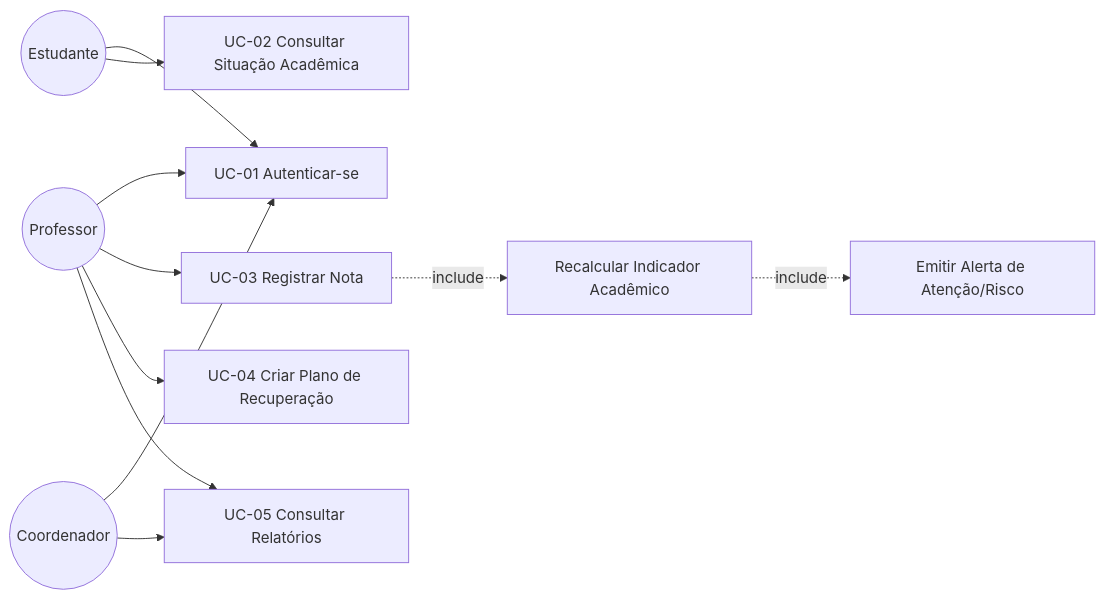
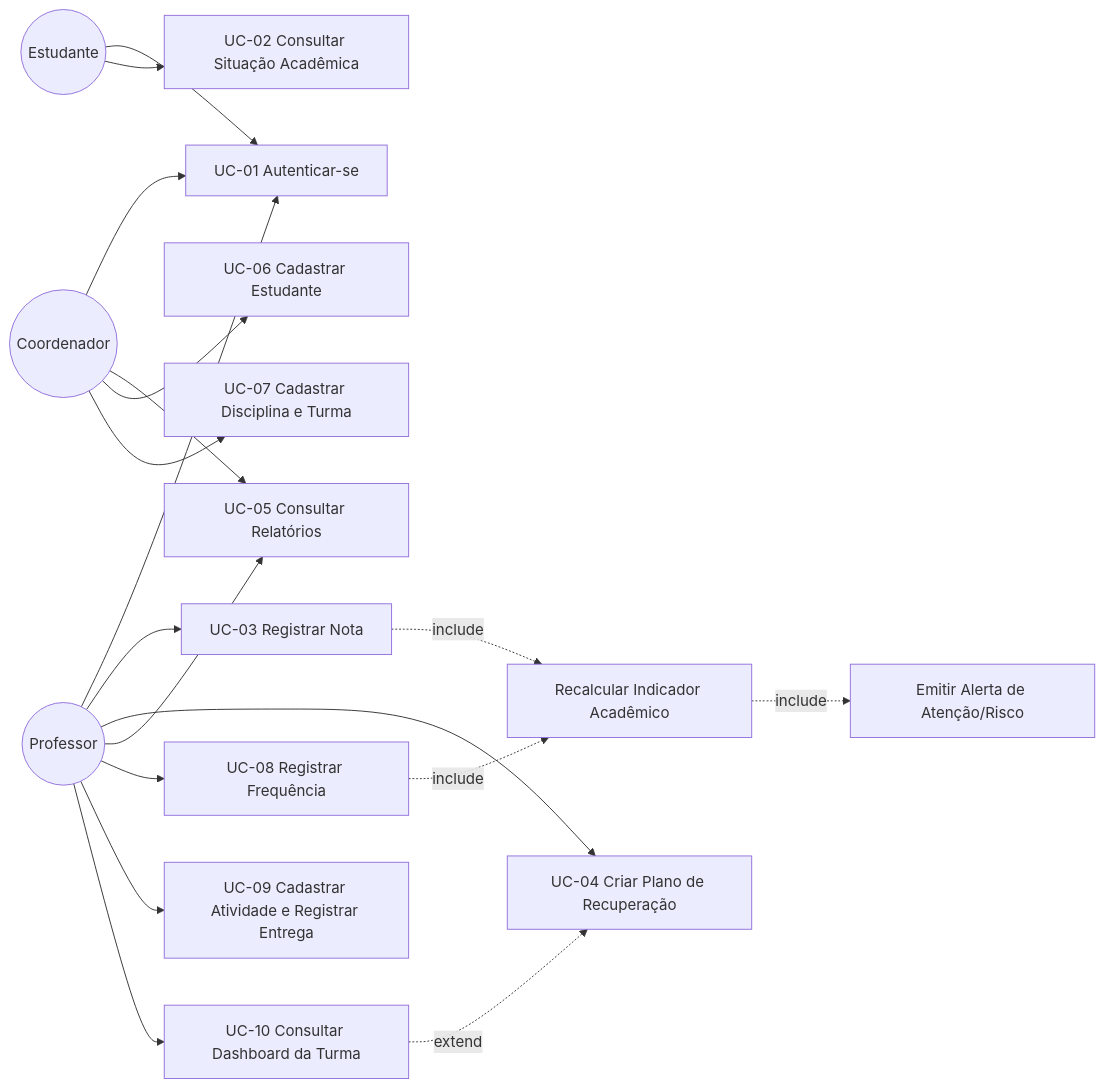
Before and after one commit to Arthurcl07/Study_Track_Project: the diagram in docs/casos-de-uso/casos-de-uso.md, drawn with Mermaid. The commit also changed other lines of this file and 13 other files, not shown here.

First line of the commit message:
docs: casos de uso UC-06 a UC-10, diagramas de sequência, roteiro de apresentação e OPEN-014/015

````diff
--- a/docs/casos-de-uso/casos-de-uso.md
+++ b/docs/casos-de-uso/casos-de-uso.md
@@ -5,19 +5,26 @@
 ```mermaid
 flowchart LR
     Estudante((Estudante))
     Professor((Professor))
     Coordenador((Coordenador))
 
     Estudante --> UC1[UC-01 Autenticar-se]
     Professor --> UC1
     Coordenador --> UC1
 
     Estudante --> UC2[UC-02 Consultar Situação Acadêmica]
     Professor --> UC3[UC-03 Registrar Nota]
     Professor --> UC4[UC-04 Criar Plano de Recuperação]
     Professor --> UC5[UC-05 Consultar Relatórios]
     Coordenador --> UC5
+    Coordenador --> UC6[UC-06 Cadastrar Estudante]
+    Coordenador --> UC7[UC-07 Cadastrar Disciplina e Turma]
+    Professor --> UC8[UC-08 Registrar Frequência]
+    Professor --> UC9[UC-09 Cadastrar Atividade e Registrar Entrega]
+    Professor --> UC10[UC-10 Consultar Dashboard da Turma]
 
-    UC3 -.include.-> UC6[Recalcular Indicador Acadêmico]
-    UC6 -.include.-> UC7[Emitir Alerta de Atenção/Risco]
+    UC3 -.include.-> REC[Recalcular Indicador Acadêmico]
+    UC8 -.include.-> REC
+    REC -.include.-> ALE[Emitir Alerta de Atenção/Risco]
+    UC10 -.extend.-> UC4
 ```
````
